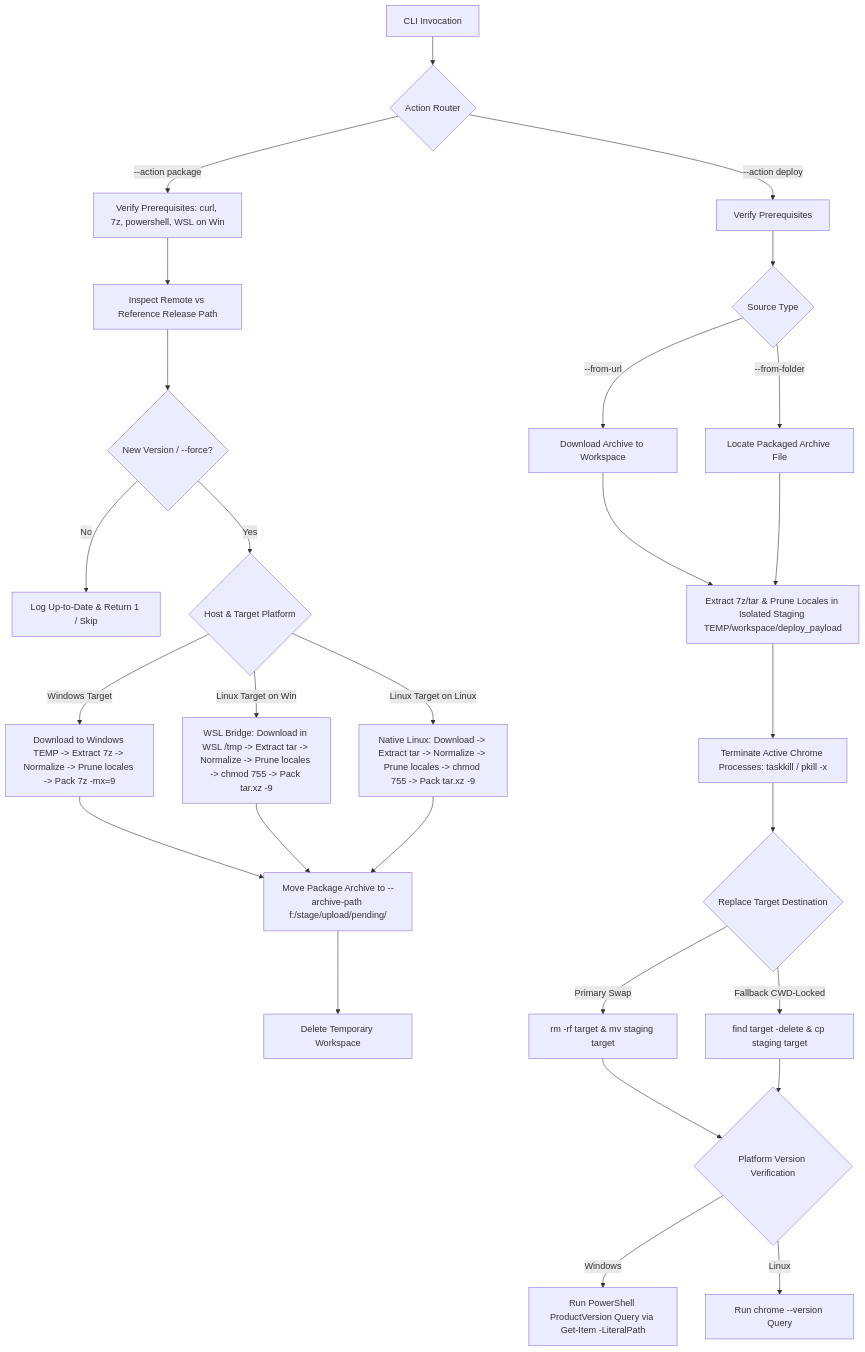
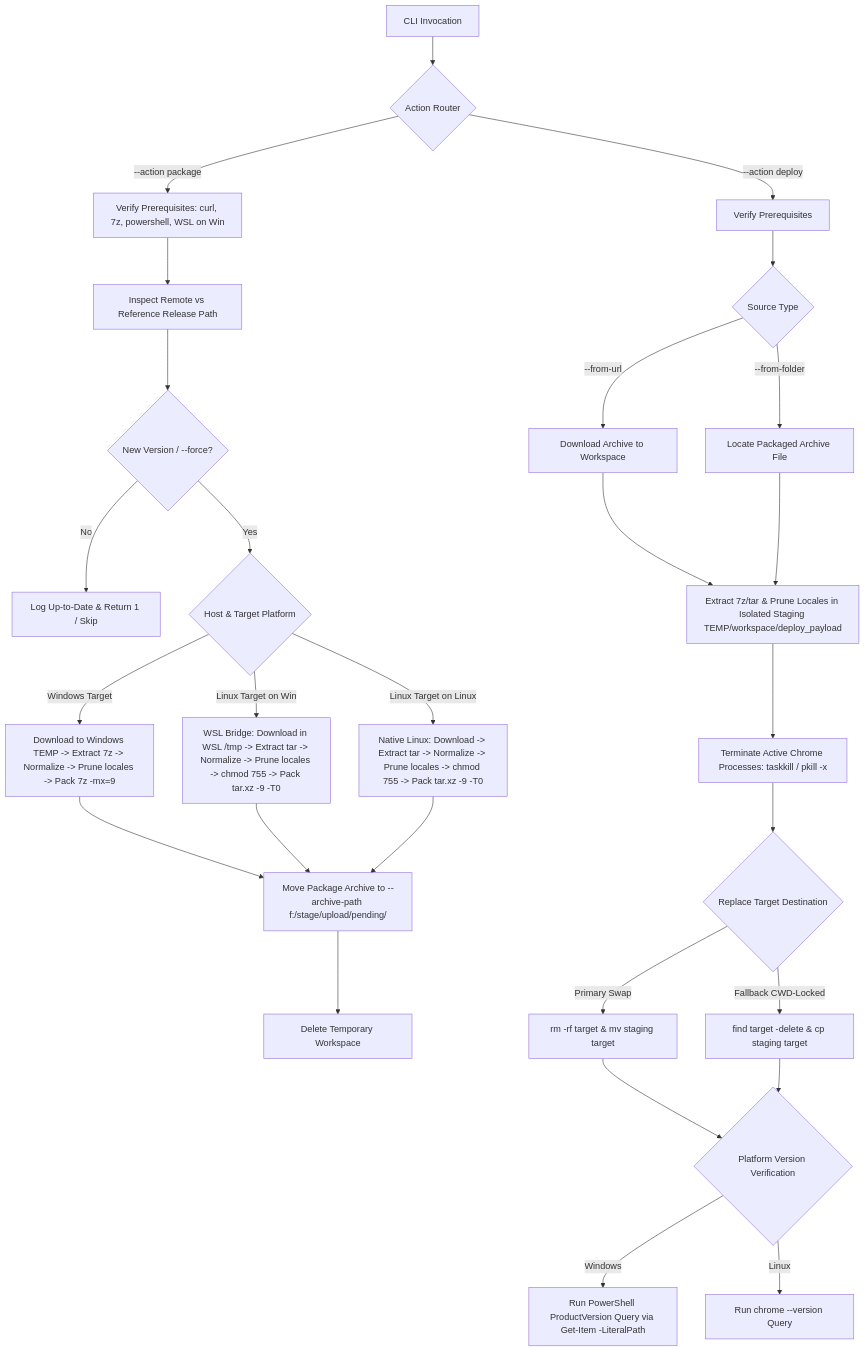
One commit to edsilegxrepo/devops changed the diagram in build_tasks/chromium_upgrade_README.md. Above: the diagram before and after it, drawn with Mermaid. The commit also changed 5 other files, not shown here.

````diff
--- a/build_tasks/chromium_upgrade_README.md
+++ b/build_tasks/chromium_upgrade_README.md
@@ -54,34 +54,34 @@
 ```mermaid
 graph TD
     A[CLI Invocation] --> B{Action Router}
     
     B -->|--action package| C[Verify Prerequisites: curl, 7z, powershell, WSL on Win]
     C --> D[Inspect Remote vs Reference Release Path]
     D --> E{New Version / --force?}
     E -->|No| F[Log Up-to-Date & Return 1 / Skip]
     E -->|Yes| G{Host & Target Platform}
     
     G -->|Windows Target| H[Download to Windows TEMP -> Extract 7z -> Normalize -> Prune locales -> Pack 7z -mx=9]
-    G -->|Linux Target on Win| I[WSL Bridge: Download in WSL /tmp -> Extract tar -> Normalize -> Prune locales -> chmod 755 -> Pack tar.xz -9]
-    G -->|Linux Target on Linux| J[Native Linux: Download -> Extract tar -> Normalize -> Prune locales -> chmod 755 -> Pack tar.xz -9]
+    G -->|Linux Target on Win| I[WSL Bridge: Download in WSL /tmp -> Extract tar -> Normalize -> Prune locales -> chmod 755 -> Pack tar.xz -9 -T0]
+    G -->|Linux Target on Linux| J[Native Linux: Download -> Extract tar -> Normalize -> Prune locales -> chmod 755 -> Pack tar.xz -9 -T0]
     
     H --> K[Move Package Archive to --archive-path f:/stage/upload/pending/]
     I --> K
     J --> K
     K --> L[Delete Temporary Workspace]
 
     B -->|--action deploy| M[Verify Prerequisites]
     M --> N{Source Type}
     N -->|--from-url| O[Download Archive to Workspace]
     N -->|--from-folder| P[Locate Packaged Archive File]
     O --> Q[Extract 7z/tar & Prune Locales in Isolated Staging TEMP/workspace/deploy_payload]
     P --> Q
     Q --> R[Terminate Active Chrome Processes: taskkill / pkill -x]
     R --> S{Replace Target Destination}
     S -->|Primary Swap| T[rm -rf target & mv staging target]
     S -->|Fallback CWD-Locked| U[find target -delete & cp staging target]
     T --> V{Platform Version Verification}
     U --> V
     V -->|Windows| W[Run PowerShell ProductVersion Query via Get-Item -LiteralPath]
     V -->|Linux| X[Run chrome --version Query]
 ```
````
